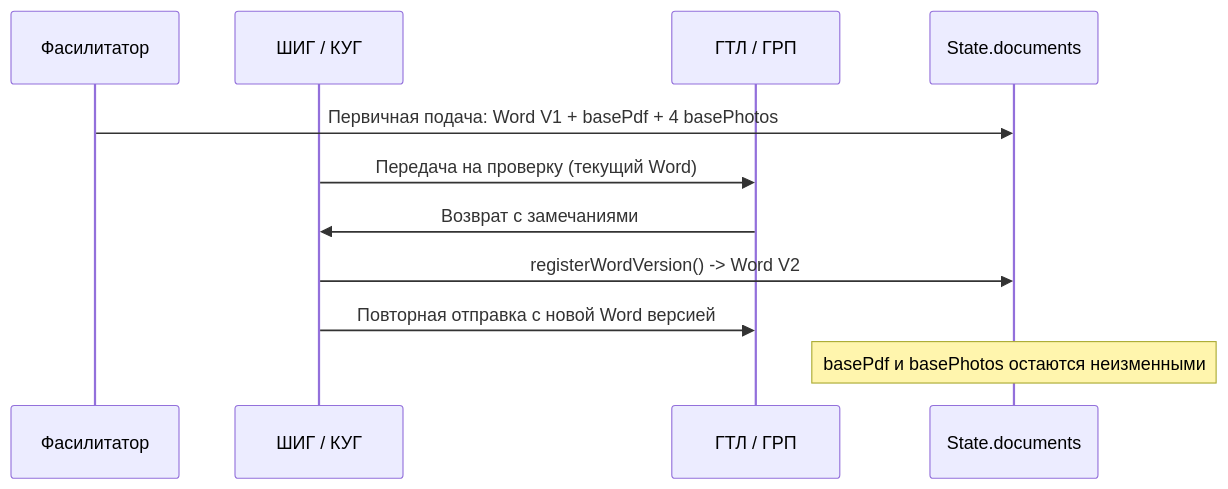
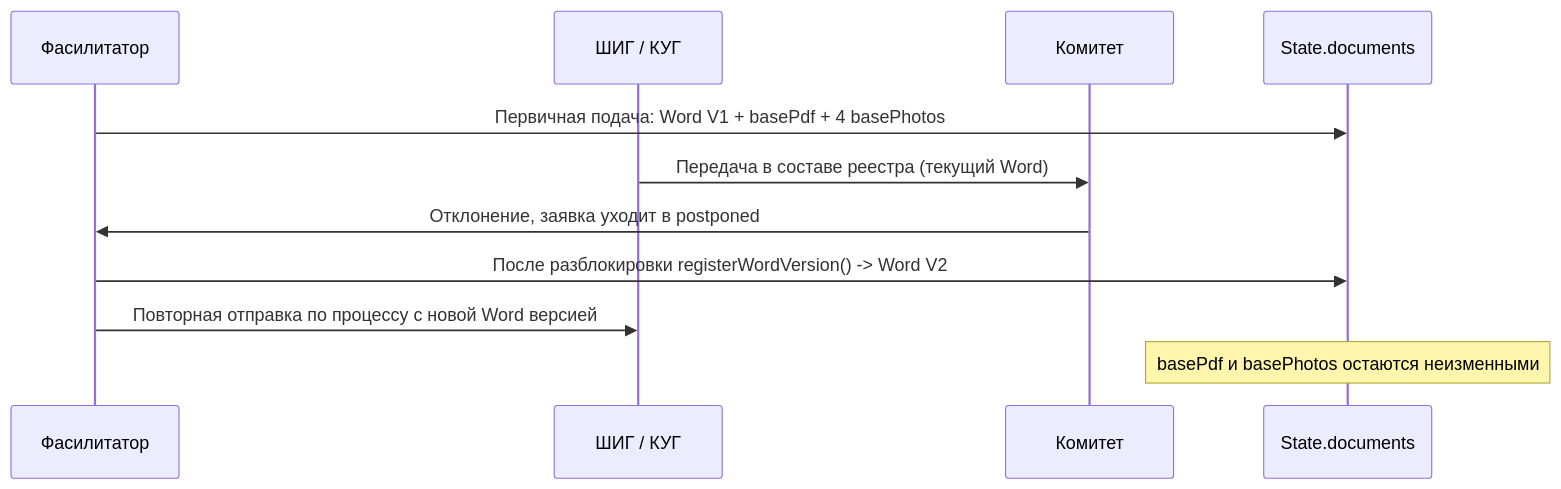
Before and after one commit to firka-kh/eip-test: diagram 13 of 15 in docs/BUSINESS-PROCESSES.md, drawn with Mermaid. The commit also changed other lines of this file and 51 other files, not shown here.

````diff
--- a/docs/BUSINESS-PROCESSES.md
+++ b/docs/BUSINESS-PROCESSES.md
@@ -537,15 +509,15 @@
 ```mermaid
 sequenceDiagram
     participant F as Фасилитатор
     participant G as ШИГ / КУГ
-    participant P as ГТЛ / ГРП
+    participant C as Комитет
     participant ST as State.documents
 
     F->>ST: Первичная подача: Word V1 + basePdf + 4 basePhotos
-    G->>P: Передача на проверку (текущий Word)
-    P->>G: Возврат с замечаниями
-    G->>ST: registerWordVersion() -> Word V2
-    G->>P: Повторная отправка с новой Word версией
+    G->>C: Передача в составе реестра (текущий Word)
+    C->>F: Отклонение, заявка уходит в postponed
+    F->>ST: После разблокировки registerWordVersion() -> Word V2
+    F->>G: Повторная отправка по процессу с новой Word версией
 
     Note over ST: basePdf и basePhotos остаются неизменными
 ```
````
